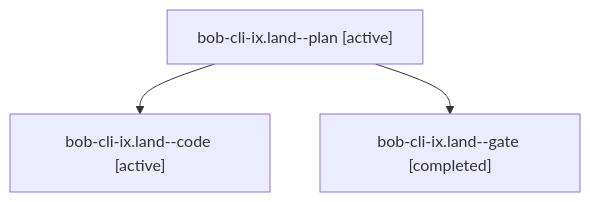
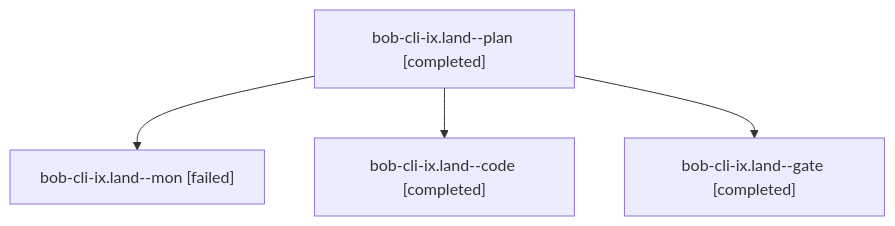
The diagram in sessions/bbugyi200.apollo.bob-cli-ix.land.md (bobs-org/bob-cli--agents), drawn with Mermaid before and after one commit. The commit also changed other lines of this file and 34 other files, not shown here.

````diff
--- a/sessions/bbugyi200.apollo.bob-cli-ix.land.md
+++ b/sessions/bbugyi200.apollo.bob-cli-ix.land.md
@@ -9,8 +9,10 @@
 ```mermaid
 flowchart TD
-  n0["bob-cli-ix.land--plan [active]"]
-  n1["bob-cli-ix.land--code [active]"]
+  n0["bob-cli-ix.land--plan [completed]"]
+  n1["bob-cli-ix.land--mon [failed]"]
   n0 --> n1
-  n2["bob-cli-ix.land--gate [completed]"]
+  n2["bob-cli-ix.land--code [completed]"]
   n0 --> n2
+  n3["bob-cli-ix.land--gate [completed]"]
+  n0 --> n3
 ```
````
